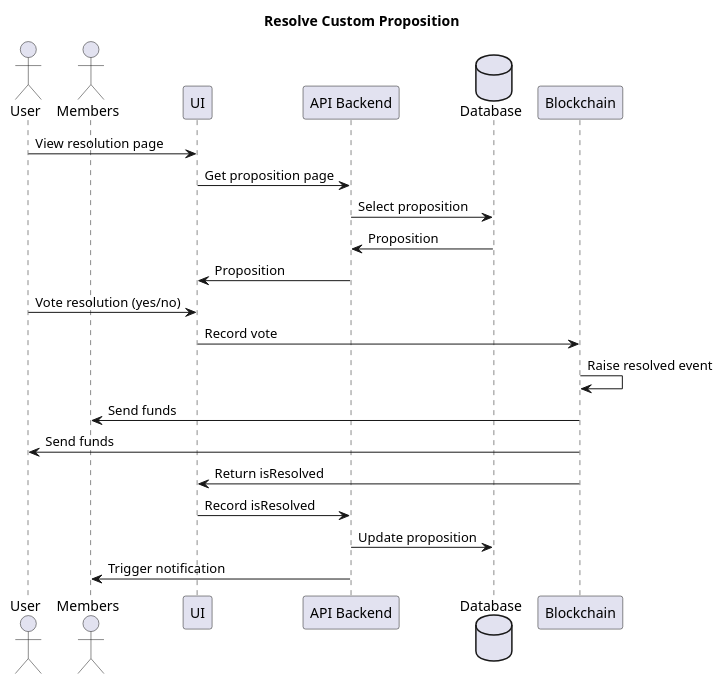
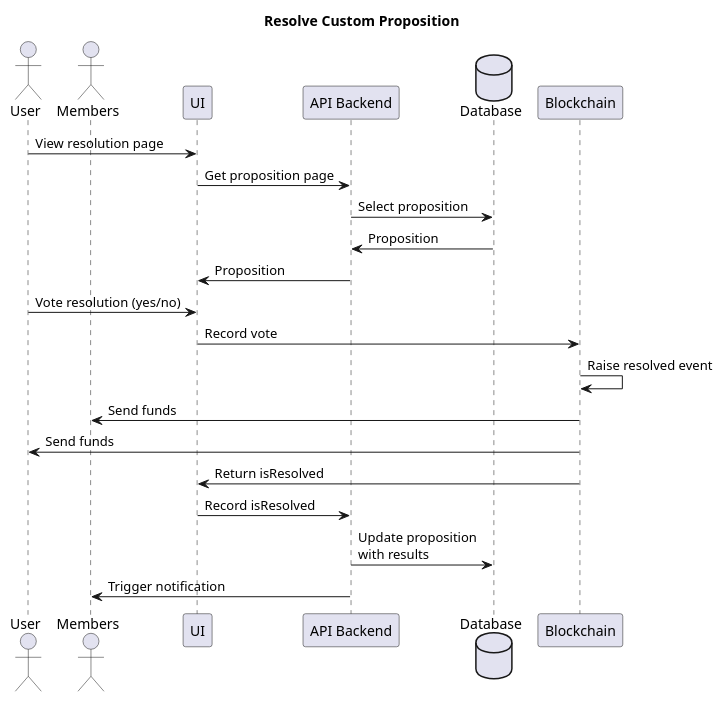
Before and after one commit to adhurjaty/prediction-app: the diagram in Diagrams/UserStories/resolve_custom_proposition.puml, drawn with PlantUML. The commit also changed 3 other files, not shown here.

```diff
--- a/Diagrams/UserStories/resolve_custom_proposition.puml
+++ b/Diagrams/UserStories/resolve_custom_proposition.puml
@@ -1,27 +1,27 @@
 @startuml Resolve Custom Proposition 
 
 title Resolve Custom Proposition 
 
 actor User as user
 actor Members as members
 participant UI as ui
 participant "API Backend" as api
 database Database as db
 participant Blockchain as bc
 
 user -> ui : View resolution page
 ui -> api : Get proposition page
 api -> db : Select proposition
 db -> api : Proposition
 api -> ui : Proposition
 user -> ui : Vote resolution (yes/no)
 ui -> bc : Record vote
 bc -> bc : Raise resolved event
 bc -> members : Send funds
 bc -> user : Send funds
 bc -> ui : Return isResolved
 ui -> api : Record isResolved
-api -> db : Update proposition 
+api -> db : Update proposition\nwith results 
 api -> members : Trigger notification
 
 @enduml
```
